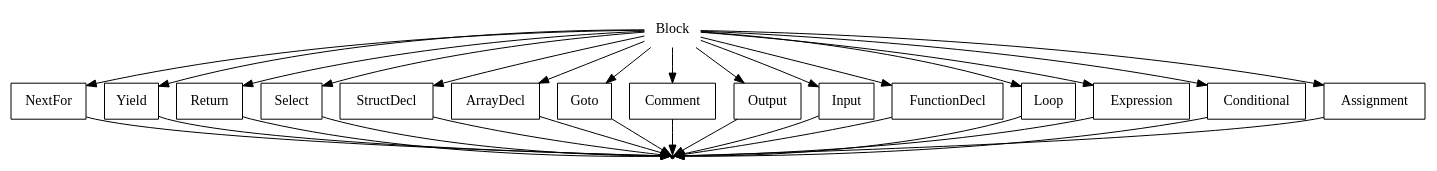
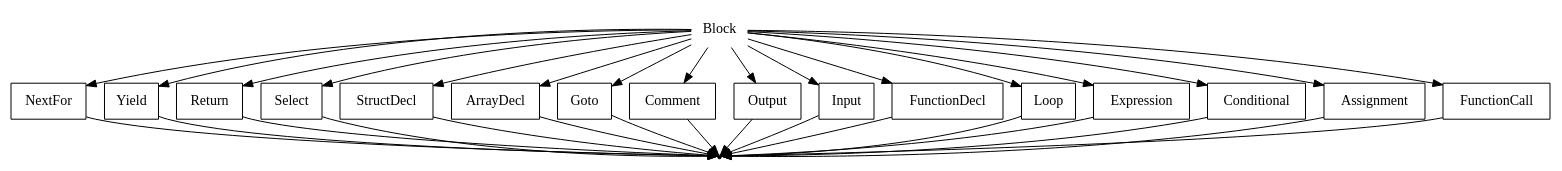
Before and after one commit to EgorGoluzin/DSL: the diagram in DSLTools/examples/RBNFEXPRESSIONSTESTRULES/wirth/Block.gv, drawn with Graphviz. The commit also changed 8 other files, not shown here.

```diff
--- a/DSLTools/examples/RBNFEXPRESSIONSTESTRULES/wirth/Block.gv
+++ b/DSLTools/examples/RBNFEXPRESSIONSTESTRULES/wirth/Block.gv
@@ -1,49 +1,52 @@
 digraph Block {
   start [label="Block" shape=plaintext];
   A [label="NextFor" shape=box];
   B [label="Yield" shape=box];
   C [label="Return" shape=box];
   D [label="Select" shape=box];
   E [label="StructDecl" shape=box];
   F [label="ArrayDecl" shape=box];
   G [label="Goto" shape=box];
   H [label="Comment" shape=box];
   I [label="Output" shape=box];
   J [label="Input" shape=box];
   K [label="FunctionDecl" shape=box];
   L [label="Loop" shape=box];
   M [label="Expression" shape=box];
   N [label="Conditional" shape=box];
   O [label="Assignment" shape=box];
+  P [label="FunctionCall" shape=box];
   end [label="" shape=point];
+  start -> P;
   start -> O;
   start -> N;
   start -> M;
   start -> L;
   start -> K;
   start -> J;
   start -> I;
   start -> H;
   start -> G;
   start -> F;
   start -> E;
   start -> D;
   start -> C;
   start -> B;
   start -> A;
   A -> end;
   B -> end;
   C -> end;
   D -> end;
   E -> end;
   F -> end;
   G -> end;
   H -> end;
   I -> end;
   J -> end;
   K -> end;
   L -> end;
   M -> end;
   N -> end;
   O -> end;
+  P -> end;
 }
```
